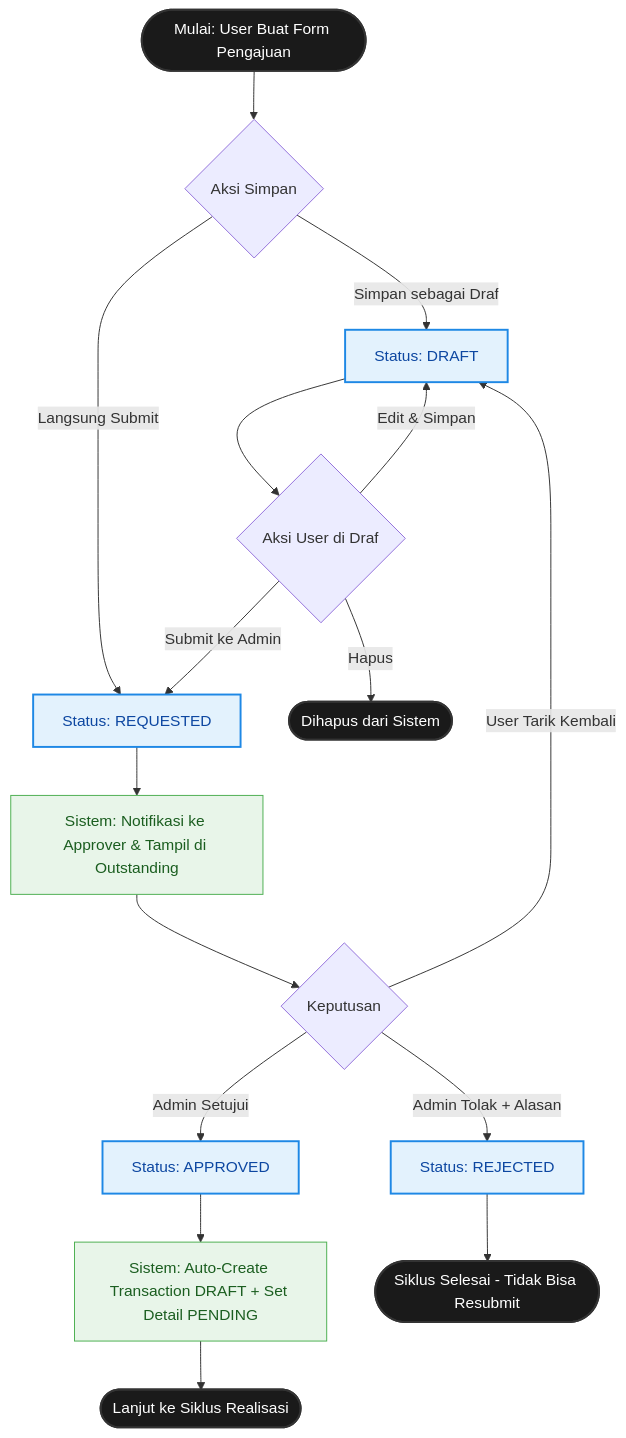
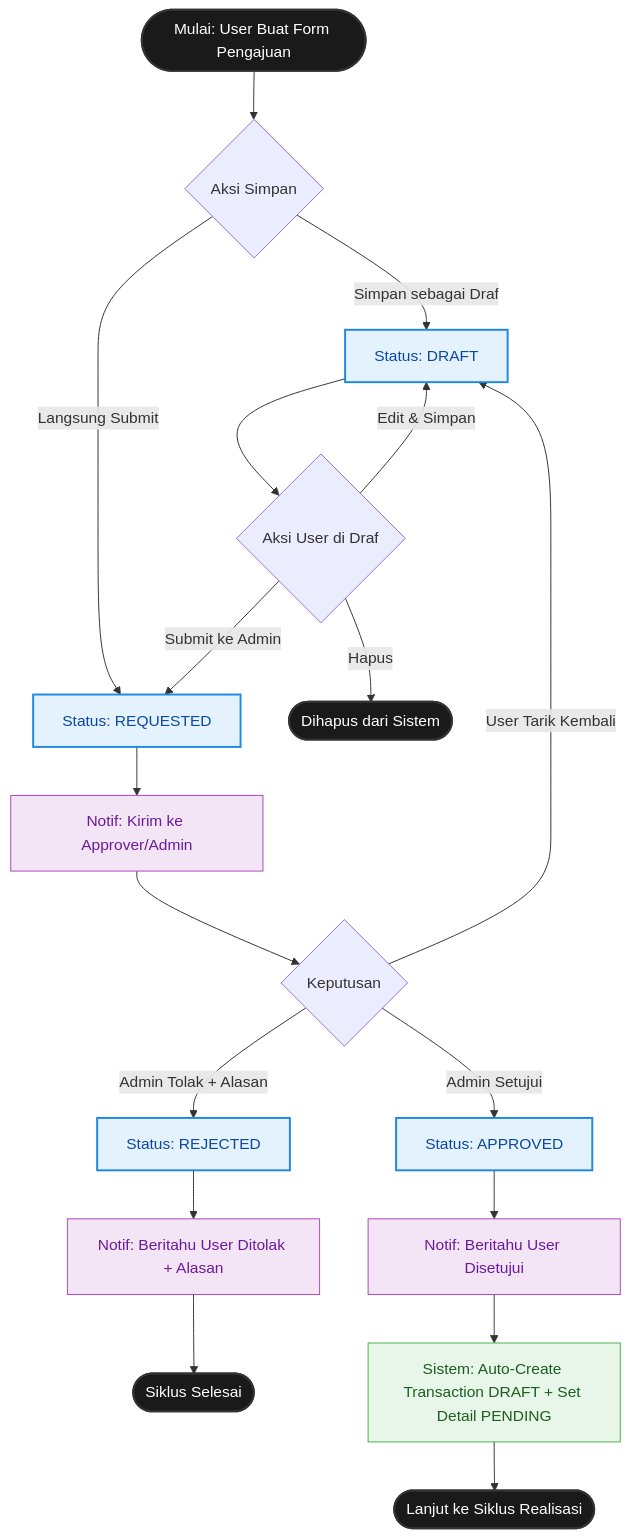
One commit to andrirosandi/sistemkeuangankeluarga changed the first of 2 diagrams in docs/flowchart.md. Above: the diagram before and after it, drawn with Mermaid. The commit also changed other lines of this file, not shown here.

Commit message:
docs: add notification nodes to flowcharts

````diff
--- a/docs/flowchart.md
+++ b/docs/flowchart.md
@@ -15,35 +15,38 @@
 ```mermaid
 graph TD
     %% Styling
     classDef startEnd fill:#1A1A1A,color:#fff,stroke:#333,stroke-width:2px;
     classDef status fill:#E3F2FD,color:#0D47A1,stroke:#1E88E5,stroke-width:2px;
     classDef action fill:#FFF3E0,color:#E65100,stroke:#FF9800,stroke-width:1px;
     classDef system fill:#E8F5E9,color:#1B5E20,stroke:#4CAF50,stroke-width:1px;
+    classDef notif fill:#F3E5F5,color:#6A1B9A,stroke:#AB47BC,stroke-width:1px;
 
     %% Entry
     Start([Mulai: User Buat Form Pengajuan]):::startEnd --> B{Aksi Simpan}
 
     B -- "Simpan sebagai Draf" --> S_DRAFT[Status: DRAFT]:::status
     B -- "Langsung Submit" --> S_REQ[Status: REQUESTED]:::status
 
     %% Alur DRAFT
     S_DRAFT --> C{Aksi User di Draf}
     C -- "Edit & Simpan" --> S_DRAFT
     C -- "Hapus" --> Z_DEL([Dihapus dari Sistem]):::startEnd
     C -- "Submit ke Admin" --> S_REQ
 
     %% Alur REQUESTED
-    S_REQ --> NOTIF[Sistem: Notifikasi ke Approver & Tampil di Outstanding]:::system
-    NOTIF --> EVAL{Keputusan}
+    S_REQ --> NOTIF_SUBMIT["Notif: Kirim ke Approver/Admin"]:::notif
+    NOTIF_SUBMIT --> EVAL{Keputusan}
 
     EVAL -- "User Tarik Kembali" --> S_DRAFT
     EVAL -- "Admin Tolak + Alasan" --> S_REJ[Status: REJECTED]:::status
     EVAL -- "Admin Setujui" --> S_APP[Status: APPROVED]:::status
 
+    %% Reject notification
+    S_REJ --> NOTIF_REJ["Notif: Beritahu User Ditolak + Alasan"]:::notif
+    NOTIF_REJ --> FIN([Siklus Selesai]):::startEnd
+
     %% Approved triggers
-    S_APP --> AUTO[Sistem: Auto-Create Transaction DRAFT + Set Detail PENDING]:::system
+    S_APP --> NOTIF_APP["Notif: Beritahu User Disetujui"]:::notif
+    NOTIF_APP --> AUTO[Sistem: Auto-Create Transaction DRAFT + Set Detail PENDING]:::system
     AUTO --> NEXT([Lanjut ke Siklus Realisasi]):::startEnd
-
-    %% Terminal states
-    S_REJ --> FIN([Siklus Selesai - Tidak Bisa Resubmit]):::startEnd
 ```
````
